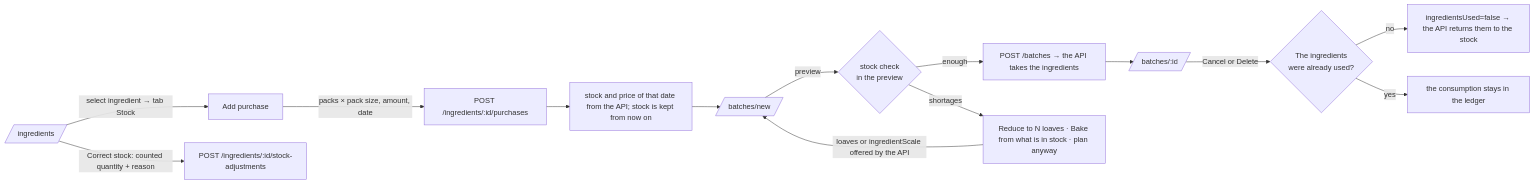
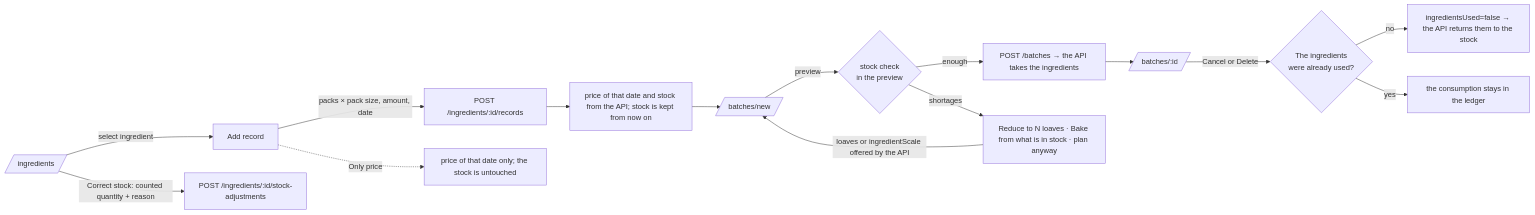
One commit to fedokgeniy/OneLoaf-BackEnd changed the fifth of 6 diagrams in docs/frontend/user-flows.md. Above: the diagram before and after it, drawn with Mermaid. The commit also changed other lines of this file and 124 other files, not shown here.

Commit message:
Regenerate the API reference, the DDL script and the database documentation for starters as ingredients, ripening and photos, and describe the changed screens

````diff
--- a/docs/frontend/user-flows.md
+++ b/docs/frontend/user-flows.md
@@ -145,16 +147,17 @@
 ```mermaid
 flowchart LR
-    a[/ingredients/] -->|select ingredient → tab Stock| b[Add purchase]
-    b -->|packs × pack size, amount, date| c[POST /ingredients/:id/purchases]
-    c --> d[stock and price of that date from the API; stock is kept from now on]
+    a[/ingredients/] -->|select ingredient| b[Add record]
+    b -->|packs × pack size, amount, date| c[POST /ingredients/:id/records]
+    c --> d[price of that date and stock from the API; stock is kept from now on]
+    b -.Only price.-> c2[price of that date only; the stock is untouched]
     d --> e[/batches/new/]
     e -->|preview| f{stock check<br/>in the preview}
     f -- enough --> g[POST /batches → the API takes the ingredients]
     f -- shortages --> h[Reduce to N loaves · Bake from what is in stock · plan anyway]
     h -->|loaves or ingredientScale offered by the API| e
     g --> i[/batches/:id/]
     i -->|Cancel or Delete| j{The ingredients<br/>were already used?}
     j -- no --> k[ingredientsUsed=false → the API returns them to the stock]
     j -- yes --> l[the consumption stays in the ledger]
     a -->|Correct stock: counted quantity + reason| m[POST /ingredients/:id/stock-adjustments]
 ```
````
